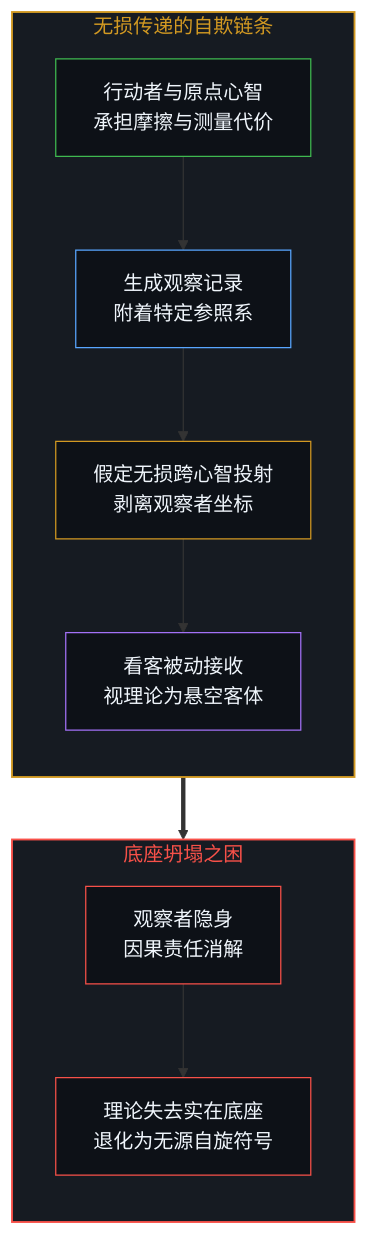
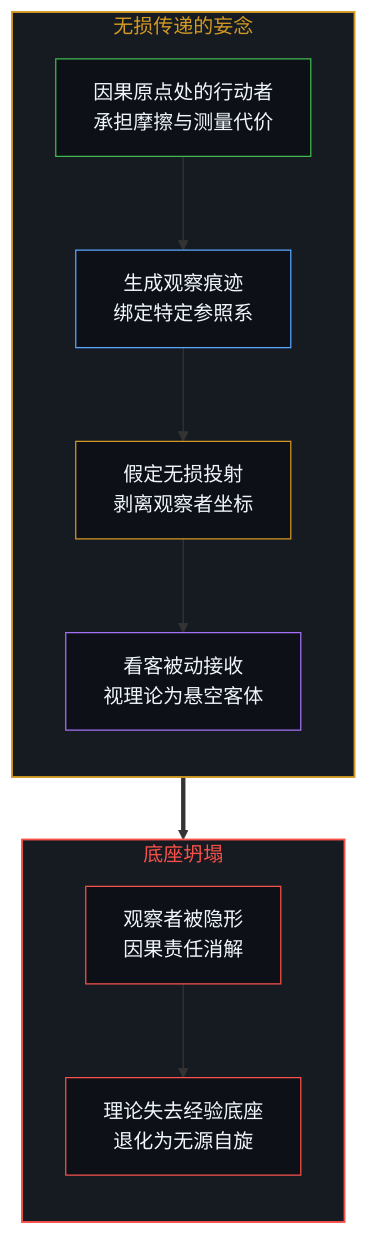
The first of 4 diagrams in content/posts/the-invisible-observer-and-the-delusion-of-lossless-transmission.md (powerpig99/not-a-toe), drawn with Mermaid before and after one commit. The commit also changed other lines of this file and 2 other files, not shown here.

Commit message:
Refine L5 nodes (the-fallacy-of-pacing-and-the-felt-friction-of-ground-truth, the-invisible-observer-and-the-delusion-of-lossless-transmission, the-reflexive-dilemma-of-unique-insight) in Wave 11 /sleep

````diff
--- a/content/posts/the-invisible-observer-and-the-delusion-of-lossless-transmission.md
+++ b/content/posts/the-invisible-observer-and-the-delusion-of-lossless-transmission.md
@@ -31,22 +31,22 @@
 ```mermaid
 flowchart TD
-    subgraph S_delusion ["无损传递的自欺链条"]
+    subgraph S_delusion ["无损传递的妄念"]
         direction TB
-        A["行动者与原点心智<br/>承担摩擦与测量代价"] --> B["生成观察记录<br/>附着特定参照系"]
-        B --> C["假定无损跨心智投射<br/>剥离观察者坐标"]
+        A["因果原点处的行动者<br/>承担摩擦与测量代价"] --> B["生成观察痕迹<br/>绑定特定参照系"]
+        B --> C["假定无损投射<br/>剥离观察者坐标"]
         C --> D["看客被动接收<br/>视理论为悬空客体"]
     end
-    subgraph S_collapse ["底座坍塌之困"]
+    subgraph S_collapse ["底座坍塌"]
         direction TB
-        E["观察者隐身<br/>因果责任消解"] --> F["理论失去实在底座<br/>退化为无源自旋符号"]
+        E["观察者被隐形<br/>因果责任消解"] --> F["理论失去经验底座<br/>退化为无源自旋"]
     end
     D ==> E
     style S_delusion fill:#161b22,stroke:#d29922,stroke-width:1.5px,color:#d29922
     style S_collapse fill:#161b22,stroke:#f85149,stroke-width:1.5px,color:#f85149
     style A fill:#0d1117,stroke:#3fb950,stroke-width:1px,color:#f0f6fc
     style B fill:#0d1117,stroke:#58a6ff,stroke-width:1px,color:#f0f6fc
     style C fill:#0d1117,stroke:#d29922,stroke-width:1px,color:#f0f6fc
     style D fill:#0d1117,stroke:#a371f7,stroke-width:1px,color:#f0f6fc
     style E fill:#0d1117,stroke:#f85149,stroke-width:1px,color:#f0f6fc
     style F fill:#0d1117,stroke:#f85149,stroke-width:1px,color:#f0f6fc
 ```
````
